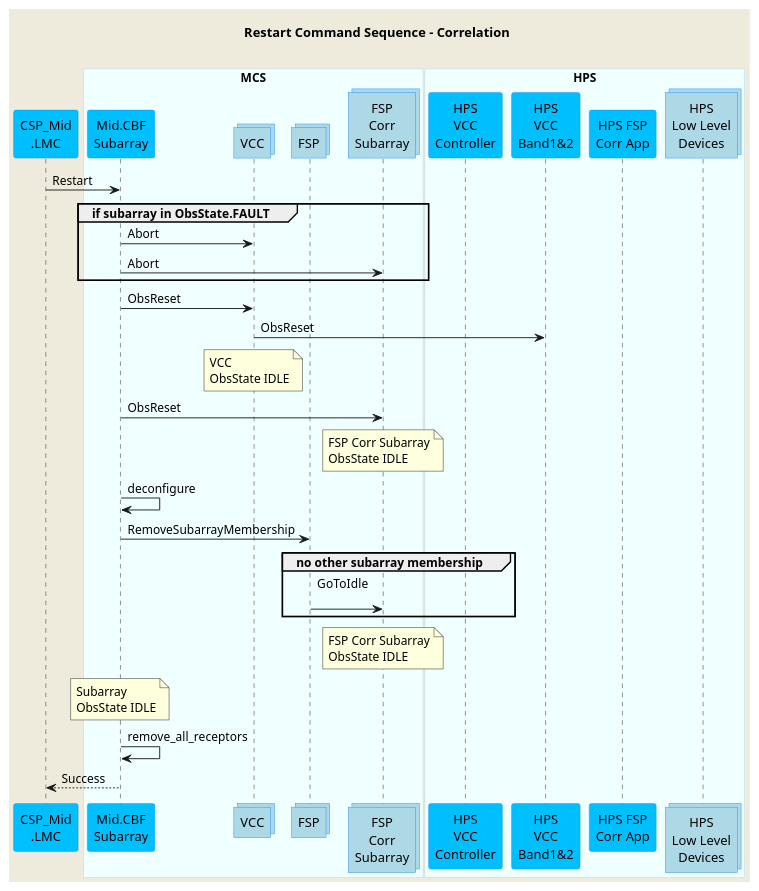
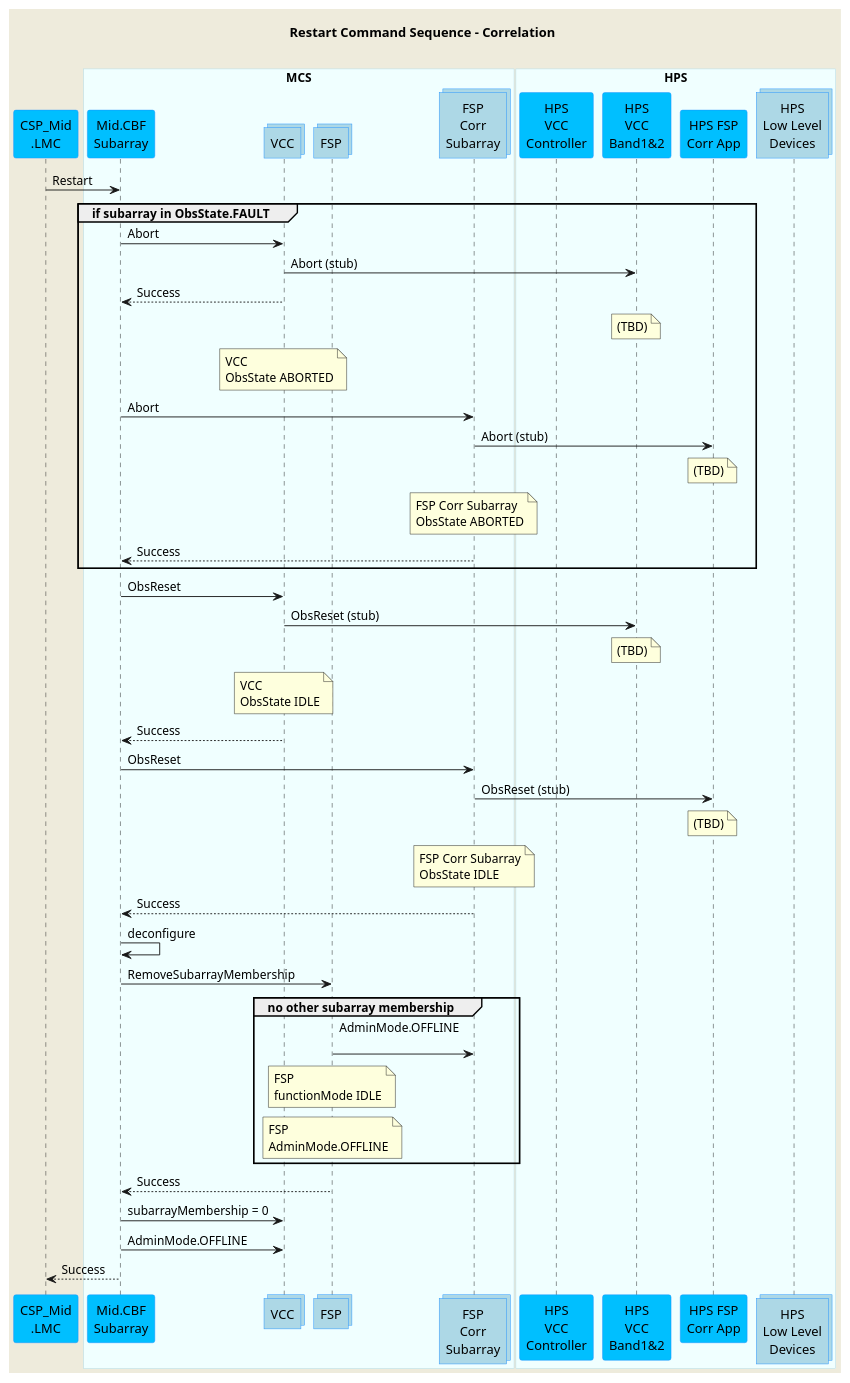
The diagram in docs/src/diagrams/restart-command.puml (ska-telescope/mid-cbf-mcs), drawn with PlantUML before and after one commit. The commit also changed 1 other file, not shown here.

Commit message:
CIP-2424 update Abort/ObsReset/Restart UML

```diff
--- a/docs/src/diagrams/restart-command.puml
+++ b/docs/src/diagrams/restart-command.puml
@@ -1,72 +1,86 @@
 @startuml
 'https://plantuml.com/sequence-diagram
 
 skinparam backgroundColor #EEEBDC
 skinparam sequence {
 ParticipantBorderColor DodgerBlue
 ParticipantBackgroundColor DeepSkyBlue
 ActorBorderColor DarkGreen
 ActorBackgroundColor Green
 BoxBorderColor LightBlue
 BoxBackgroundColor #F0FFFF
 }
 
 skinparam collections {
   BackGroundColor LightBlue
   BorderColor DodgerBlue
 }
 
 skinparam database {
   BackgroundColor LightGreen
   BorderColor DarkGreen
 }
 
 title Restart Command Sequence - Correlation\n
 
 participant "CSP_Mid\n.LMC" as lmc
 
 box "MCS"
 participant "Mid.CBF\nSubarray" as subarray
 collections "VCC" as vcc
 collections "FSP" as fsp
 collections "FSP\nCorr\nSubarray" as fspsubarray
 end box
 
 box "HPS"
 participant "HPS\nVCC\nController" as hpsvcc
 participant "HPS\nVCC\nBand1&2" as hpsvccband
 participant "HPS FSP\nCorr App" as hpsfsp
 collections "HPS\nLow Level\nDevices" as hpsdevices
 end box
 
 lmc         ->  subarray      : Restart
 
 group if subarray in ObsState.FAULT
 subarray    ->  vcc           : Abort
+vcc         ->  hpsvccband    : Abort (stub)
+subarray    <--  vcc          : Success
+note over hpsvccband          : (TBD)
+note over vcc                 : VCC\nObsState ABORTED
 subarray    ->  fspsubarray   : Abort
+fspsubarray ->  hpsfsp        : Abort (stub)
+note over hpsfsp              : (TBD)
+note over fspsubarray         : FSP Corr Subarray\nObsState ABORTED
+subarray    <--  fspsubarray  : Success
 end group
 
 subarray    ->  vcc           : ObsReset
-vcc         ->  hpsvccband    : ObsReset
+vcc         ->  hpsvccband    : ObsReset (stub)
+note over hpsvccband          : (TBD)
+note over vcc                 : VCC\nObsState IDLE
+subarray    <--  vcc          : Success
 
-note over vcc                 : VCC\nObsState IDLE
 subarray    ->  fspsubarray   : ObsReset
-
+fspsubarray ->  hpsfsp        : ObsReset (stub)
+note over hpsfsp              : (TBD)
 note over fspsubarray         : FSP Corr Subarray\nObsState IDLE
+subarray    <--  fspsubarray  : Success
 
 subarray    ->  subarray      : deconfigure
 subarray    ->  fsp           : RemoveSubarrayMembership
 
 group no other subarray membership
-fsp         ->  fspsubarray   : GoToIdle\n
+fsp         ->  fspsubarray   : AdminMode.OFFLINE\n
+note over fsp                 : FSP\nfunctionMode IDLE
+note over fsp                 : FSP\nAdminMode.OFFLINE
 end group
 
-note over fspsubarray         : FSP Corr Subarray\nObsState IDLE
-note over subarray            : Subarray\nObsState IDLE
+subarray    <--  fsp          : Success
 
-subarray    ->  subarray      : remove_all_receptors
+subarray    ->  vcc           : subarrayMembership = 0
+subarray    ->  vcc           : AdminMode.OFFLINE
 
-lmc        <--  subarray      : Success
+lmc         <--  subarray     : Success
 
 
 @enduml
```
